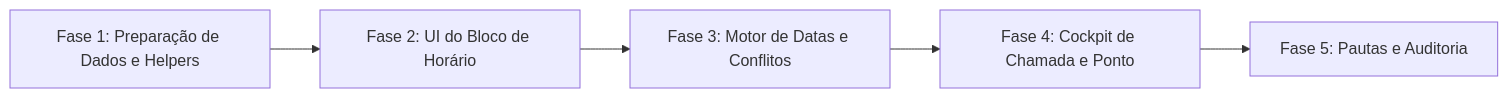
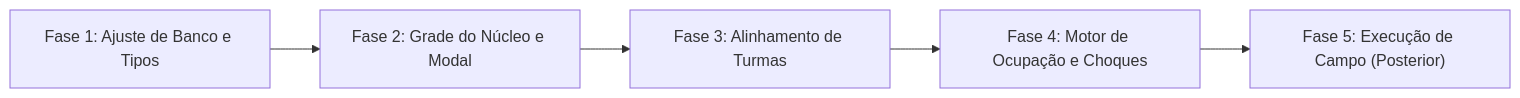
One commit to andorinhaempreendimentos/beneficiarios changed the third of 3 diagrams in planos_de_implementacao/agendamento_planejamento_temporal/plano_mestre_agendamento.md. Above: the diagram before and after it, drawn with Mermaid. The commit also changed other lines of this file and 9 other files, not shown here.

Commit message:
feat(agendamento): grade centrada no nucleo, alocacao de turmas, repeticao inteligente e prevencao de choques

````diff
--- a/planos_de_implementacao/agendamento_planejamento_temporal/plano_mestre_agendamento.md
+++ b/planos_de_implementacao/agendamento_planejamento_temporal/plano_mestre_agendamento.md
@@ -104,7 +101,7 @@
 ```mermaid
 flowchart LR
-    Fase1["Fase 1: Preparação de Dados e Helpers"] --> Fase2["Fase 2: UI do Bloco de Horário"]
-    Fase2 --> Fase3["Fase 3: Motor de Datas e Conflitos"]
-    Fase3 --> Fase4["Fase 4: Cockpit de Chamada e Ponto"]
-    Fase4 --> Fase5["Fase 5: Pautas e Auditoria"]
+    Fase1["Fase 1: Ajuste de Banco e Tipos"] --> Fase2["Fase 2: Grade do Núcleo e Modal"]
+    Fase2 --> Fase3["Fase 3: Alinhamento de Turmas"]
+    Fase3 --> Fase4["Fase 4: Motor de Ocupação e Choques"]
+    Fase4 --> Fase5["Fase 5: Execução de Campo (Posterior)"]
 ```
````
